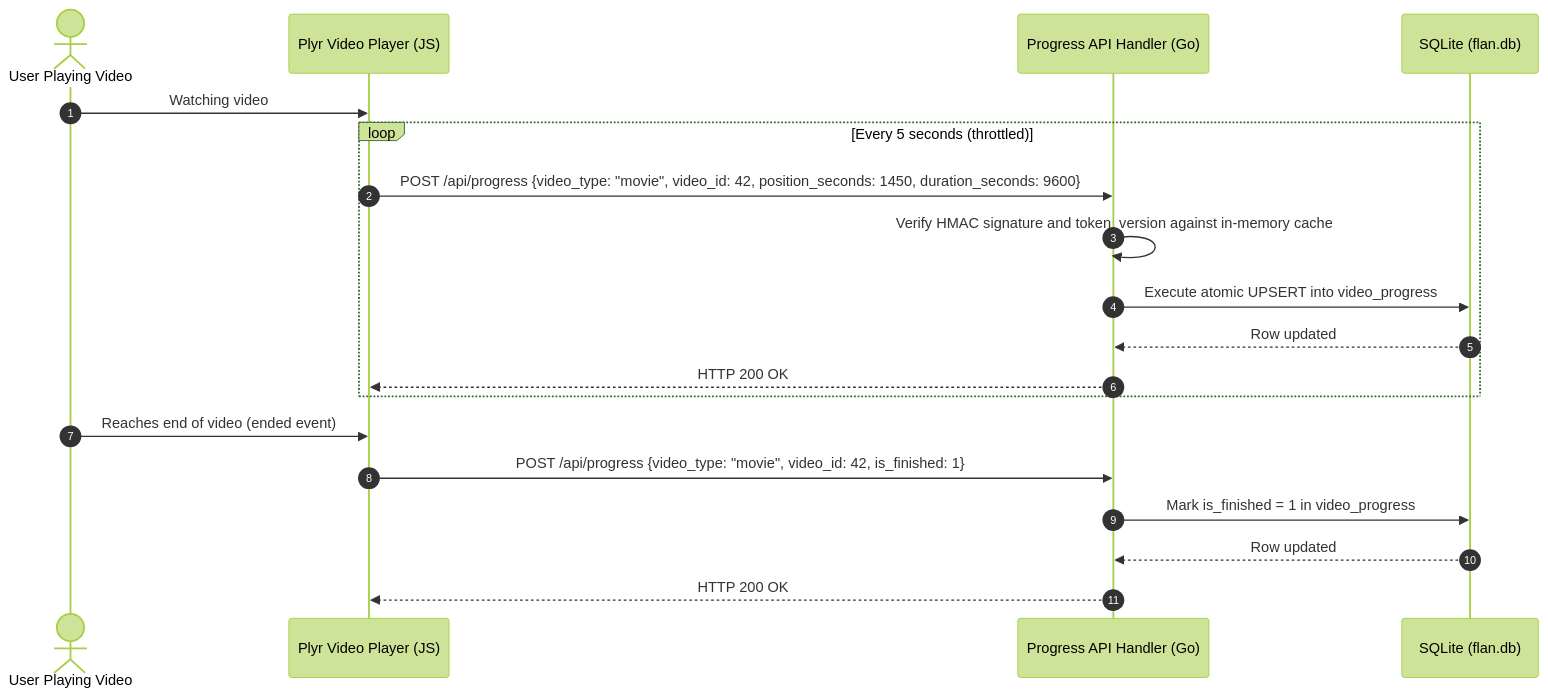
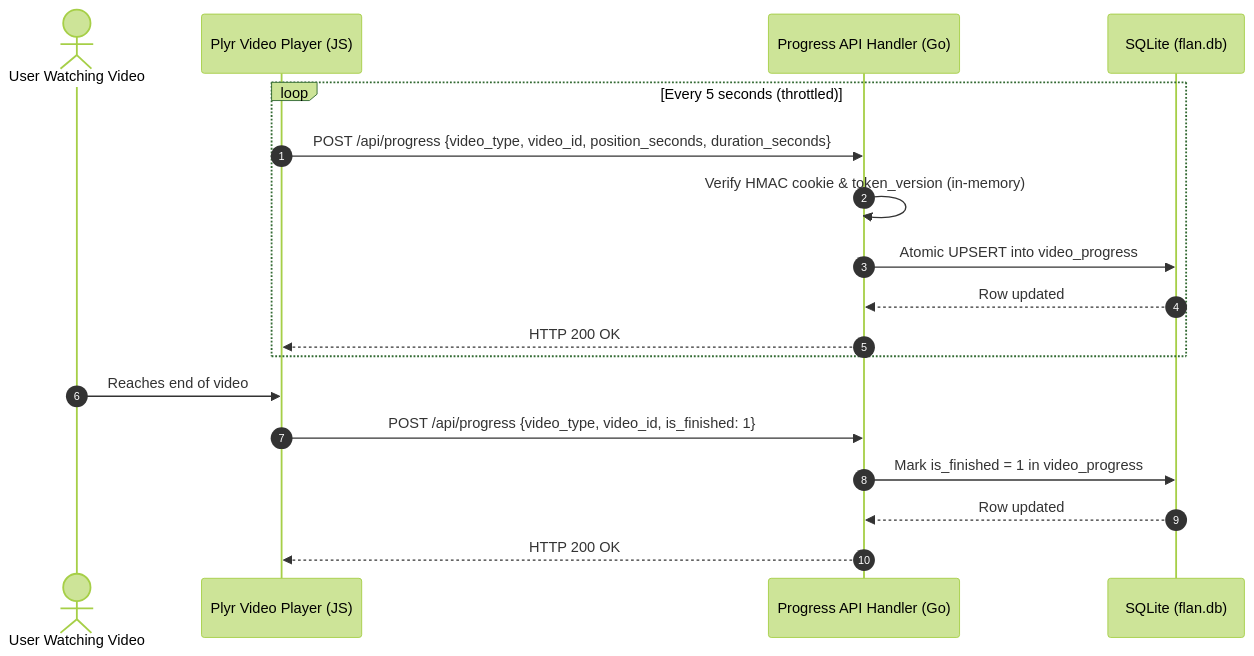
One commit to WesleyEsq/Flan-Media-Server changed the fifth of 6 diagrams in docs/diagrams/data-flow.md. Above: the diagram before and after it, drawn with Mermaid (forest theme). The commit also changed other lines of this file and 14 other files, not shown here.

````diff
--- a/docs/diagrams/data-flow.md
+++ b/docs/diagrams/data-flow.md
@@ -203,23 +170,21 @@
 ```mermaid
 sequenceDiagram
     autonumber
-    actor User as User Playing Video
+    actor User as User Watching Video
     participant Player as Plyr Video Player (JS)
     participant API as Progress API Handler (Go)
     participant DB as SQLite (flan.db)
 
-    User->>Player: Watching video
     loop Every 5 seconds (throttled)
-        Player->>API: POST /api/progress {video_type: "movie", video_id: 42, position_seconds: 1450, duration_seconds: 9600}
-        API->>API: Verify HMAC signature and token_version against in-memory cache
-        API->>DB: Execute atomic UPSERT into video_progress
+        Player->>API: POST /api/progress {video_type, video_id, position_seconds, duration_seconds}
+        API->>API: Verify HMAC cookie & token_version (in-memory)
+        API->>DB: Atomic UPSERT into video_progress
         DB-->>API: Row updated
         API-->>Player: HTTP 200 OK
     end
-
-    User->>Player: Reaches end of video (ended event)
-    Player->>API: POST /api/progress {video_type: "movie", video_id: 42, is_finished: 1}
+    User->>Player: Reaches end of video
+    Player->>API: POST /api/progress {video_type, video_id, is_finished: 1}
     API->>DB: Mark is_finished = 1 in video_progress
     DB-->>API: Row updated
     API-->>Player: HTTP 200 OK
 ```
````
